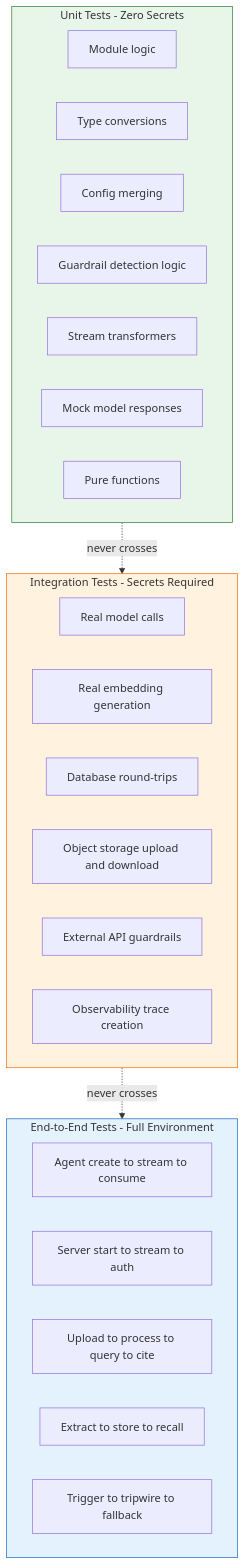
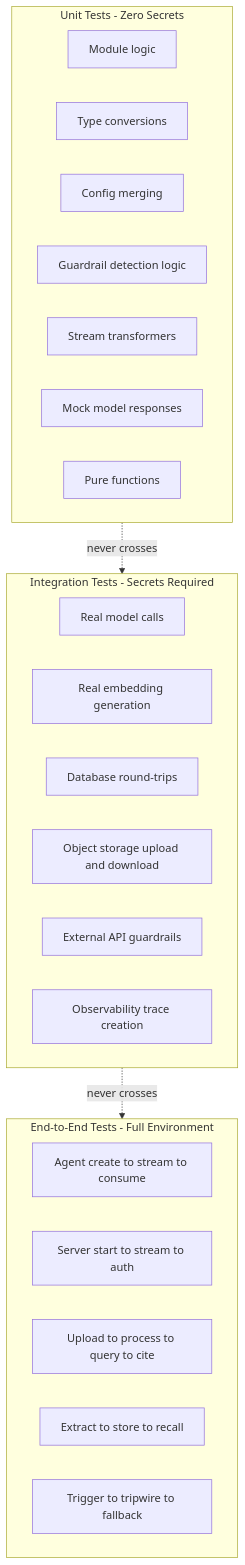
Before and after one commit to 1qh/safeagent: the sixth of 14 diagrams in plan/testing.md, drawn with Mermaid. The commit also changed other lines of this file and 43 other files, not shown here.

Commit message:
Phase 3 compression: strip non-semantic separators and Mermaid style metadata

````diff
--- a/plan/testing.md
+++ b/plan/testing.md
@@ -222,36 +187,33 @@
 ```mermaid
 flowchart TD
     subgraph UNIT_BOUNDARY["Unit Tests - Zero Secrets"]
         UNIT_MODULE_LOGIC["Module logic"]
         UNIT_TYPE_CONVERSION["Type conversions"]
         UNIT_CONFIG_MERGE["Config merging"]
         UNIT_GUARD_DETECTION["Guardrail detection logic"]
         UNIT_STREAM_TRANSFORMS["Stream transformers"]
         UNIT_MOCK_RESPONSES["Mock model responses"]
         UNIT_PURE_FUNCTIONS["Pure functions"]
     end
 
     subgraph INTEGRATION_BOUNDARY["Integration Tests - Secrets Required"]
         INTEGRATION_REAL_LLM["Real model calls"]
         INTEGRATION_REAL_EMBEDDINGS["Real embedding generation"]
         INTEGRATION_DB_ROUND_TRIPS["Database round-trips"]
         INTEGRATION_STORAGE_ROUND_TRIPS["Object storage upload and download"]
         INTEGRATION_EXTERNAL_GUARDS["External API guardrails"]
         INTEGRATION_TRACING["Observability trace creation"]
     end
 
     subgraph END_TO_END_BOUNDARY["End-to-End Tests - Full Environment"]
         END_TO_END_AGENT_FLOW["Agent create to stream to consume"]
         END_TO_END_SERVER_FLOW["Server start to stream to auth"]
         END_TO_END_DOCUMENT_FLOW["Upload to process to query to cite"]
         END_TO_END_MEMORY_FLOW["Extract to store to recall"]
         END_TO_END_GUARDRAIL_FLOW["Trigger to tripwire to fallback"]
     end
 
     UNIT_BOUNDARY -.->|"never crosses"| INTEGRATION_BOUNDARY
     INTEGRATION_BOUNDARY -.->|"never crosses"| END_TO_END_BOUNDARY
 
-    style UNIT_BOUNDARY fill:#e8f5e9,stroke:#2e7d32
-    style INTEGRATION_BOUNDARY fill:#fff3e0,stroke:#ef6c00
-    style END_TO_END_BOUNDARY fill:#e3f2fd,stroke:#1565c0
 ```
````
